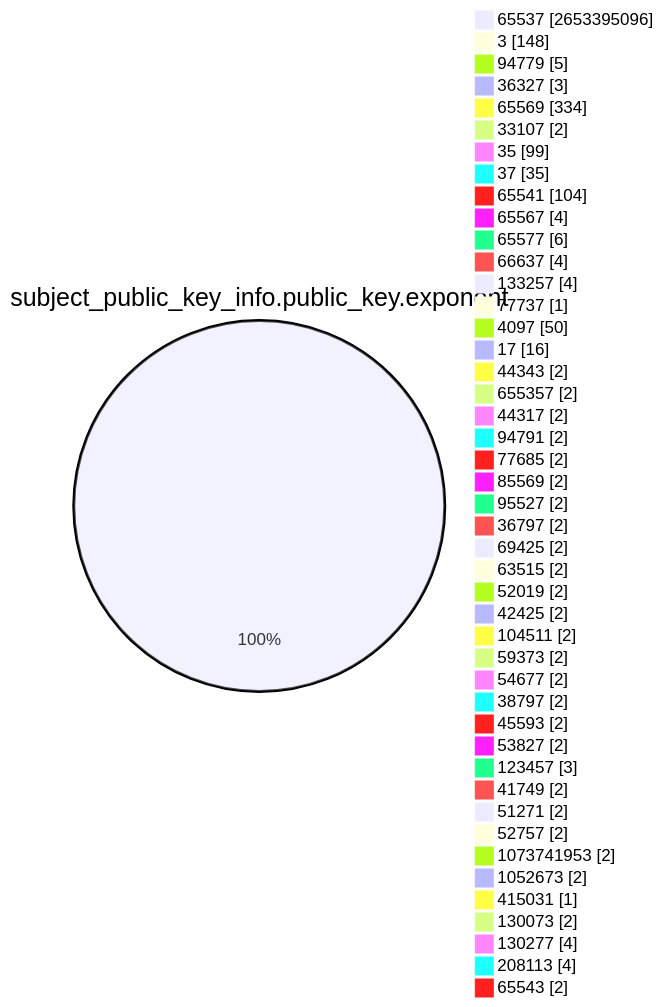
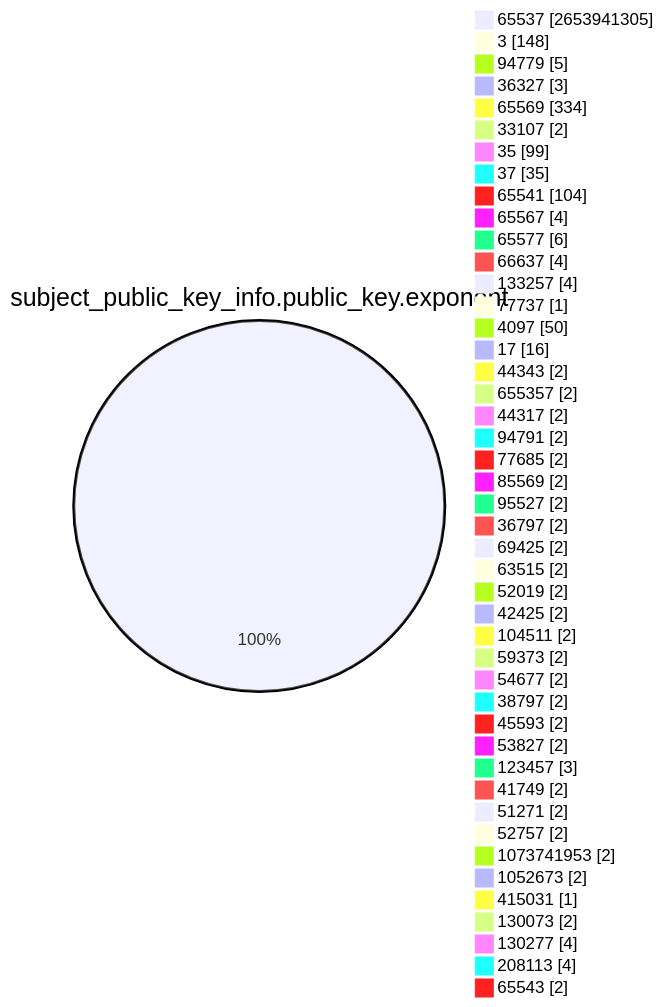
The fourth of 15 diagrams in TOTAL/README.md (christiankrug/ctmonitor_visualization), drawn with Mermaid before and after one commit. The commit also changed other lines of this file, not shown here.

````diff
--- a/TOTAL/README.md
+++ b/TOTAL/README.md
@@ -1467,49 +1467,49 @@
 ```mermaid
 pie showData
 title subject_public_key_info.public_key.exponent
-"65537" :2653395096
+"65537" :2653941305
 "3" :148
 "94779" :5
 "36327" :3
 "65569" :334
 "33107" :2
 "35" :99
 "37" :35
 "65541" :104
 "65567" :4
 "65577" :6
 "66637" :4
 "133257" :4
 "77737" :1
 "4097" :50
 "17" :16
 "44343" :2
 "655357" :2
 "44317" :2
 "94791" :2
 "77685" :2
 "85569" :2
 "95527" :2
 "36797" :2
 "69425" :2
 "63515" :2
 "52019" :2
 "42425" :2
 "104511" :2
 "59373" :2
 "54677" :2
 "38797" :2
 "45593" :2
 "53827" :2
 "123457" :3
 "41749" :2
 "51271" :2
 "52757" :2
 "1073741953" :2
 "1052673" :2
 "415031" :1
 "130073" :2
 "130277" :4
 "208113" :4
 "65543" :2
 ```
````
